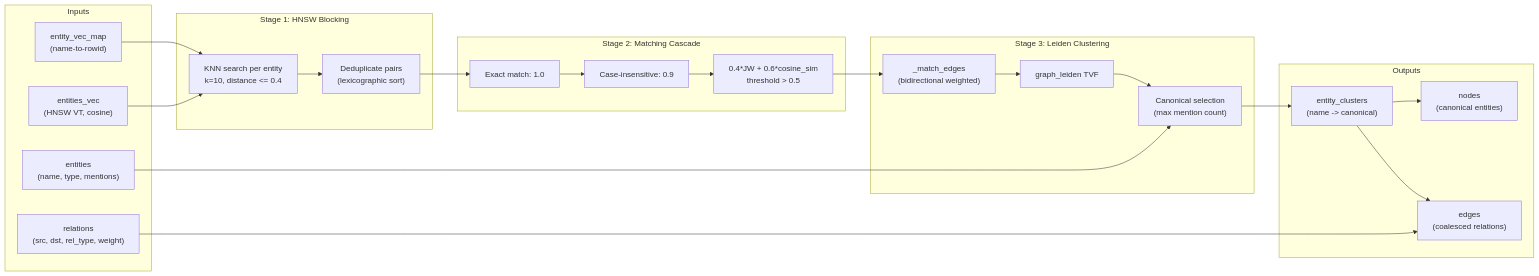
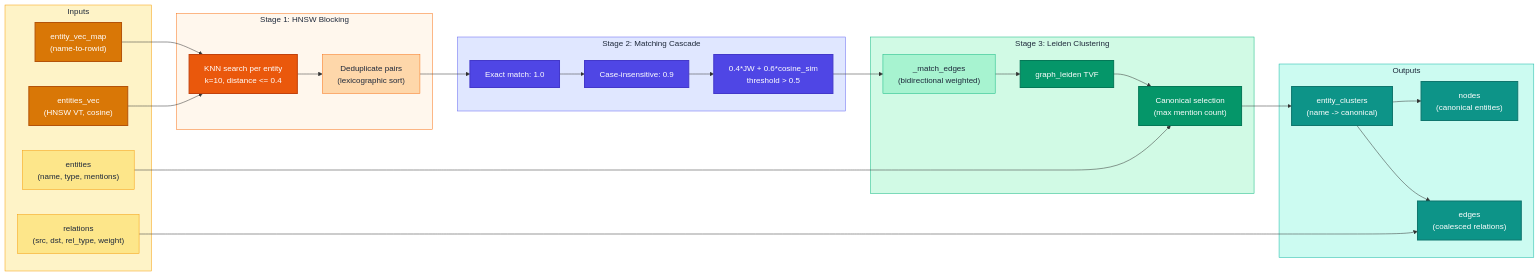
Before and after one commit to neozenith/sqlite-muninn: the first of 4 diagrams in docs/plans/er/00_gap_analysis.md, drawn with Mermaid. The commit also changed other lines of this file and 12 other files, not shown here.

````diff
--- a/docs/plans/er/00_gap_analysis.md
+++ b/docs/plans/er/00_gap_analysis.md
@@ -17,47 +17,62 @@
 ```mermaid
 flowchart LR
     subgraph Inputs
-        EVM["entity_vec_map<br/>(name-to-rowid)"]
-        EVT["entities_vec<br/>(HNSW VT, cosine)"]
-        ENT["entities<br/>(name, type, mentions)"]
-        REL["relations<br/>(src, dst, rel_type, weight)"]
+        EVM["entity_vec_map<br/>(name-to-rowid)"]:::sourcePrimary
+        EVT["entities_vec<br/>(HNSW VT, cosine)"]:::sourcePrimary
+        ENT["entities<br/>(name, type, mentions)"]:::sourceSecondary
+        REL["relations<br/>(src, dst, rel_type, weight)"]:::sourceSecondary
     end
 
     subgraph Stage1["Stage 1: HNSW Blocking"]
-        KNN["KNN search per entity<br/>k=10, distance &lt;= 0.4"]
-        DEDUP["Deduplicate pairs<br/>(lexicographic sort)"]
+        KNN["KNN search per entity<br/>k=10, distance &lt;= 0.4"]:::transformPrimary
+        DEDUP["Deduplicate pairs<br/>(lexicographic sort)"]:::transformSecondary
     end
 
     subgraph Stage2["Stage 2: Matching Cascade"]
-        EXACT["Exact match: 1.0"]
-        ICASE["Case-insensitive: 0.9"]
-        COMBO["0.4*JW + 0.6*cosine_sim<br/>threshold &gt; 0.5"]
+        EXACT["Exact match: 1.0"]:::orchPrimary
+        ICASE["Case-insensitive: 0.9"]:::orchPrimary
+        COMBO["0.4*JW + 0.6*cosine_sim<br/>threshold &gt; 0.5"]:::orchPrimary
     end
 
     subgraph Stage3["Stage 3: Leiden Clustering"]
-        EDGES["_match_edges<br/>(bidirectional weighted)"]
-        LEIDEN["graph_leiden TVF"]
-        CANON["Canonical selection<br/>(max mention count)"]
+        EDGES["_match_edges<br/>(bidirectional weighted)"]:::loadSecondary
+        LEIDEN["graph_leiden TVF"]:::loadPrimary
+        CANON["Canonical selection<br/>(max mention count)"]:::loadPrimary
     end
 
     subgraph Outputs
-        EC["entity_clusters<br/>(name -> canonical)"]
-        NODES["nodes<br/>(canonical entities)"]
-        COALESCE["edges<br/>(coalesced relations)"]
+        EC["entity_clusters<br/>(name -> canonical)"]:::dataPrimary
+        NODES["nodes<br/>(canonical entities)"]:::dataPrimary
+        COALESCE["edges<br/>(coalesced relations)"]:::dataPrimary
     end
 
     EVM --> KNN
     EVT --> KNN
     KNN --> DEDUP
     DEDUP --> EXACT
     EXACT --> ICASE
     ICASE --> COMBO
     COMBO --> EDGES
     EDGES --> LEIDEN
     LEIDEN --> CANON
     ENT --> CANON
     CANON --> EC
     EC --> NODES
     EC --> COALESCE
     REL --> COALESCE
+
+    classDef sourcePrimary     fill:#d97706,stroke:#b45309,color:#fff,stroke-width:2px
+    classDef sourceSecondary   fill:#fde68a,stroke:#f59e0b,color:#1e293b,stroke-width:1px
+    classDef transformPrimary  fill:#ea580c,stroke:#c2410c,color:#fff,stroke-width:2px
+    classDef transformSecondary fill:#fed7aa,stroke:#f97316,color:#1e293b,stroke-width:1px
+    classDef orchPrimary       fill:#4f46e5,stroke:#4338ca,color:#fff,stroke-width:2px
+    classDef loadPrimary       fill:#059669,stroke:#047857,color:#fff,stroke-width:2px
+    classDef loadSecondary     fill:#a7f3d0,stroke:#10b981,color:#1e293b,stroke-width:1px
+    classDef dataPrimary       fill:#0d9488,stroke:#0f766e,color:#fff,stroke-width:2px
+
+    style Inputs fill:#fef3c7,stroke:#f59e0b,color:#1e293b
+    style Stage1 fill:#fff7ed,stroke:#f97316,color:#1e293b
+    style Stage2 fill:#e0e7ff,stroke:#6366f1,color:#1e293b
+    style Stage3 fill:#d1fae5,stroke:#10b981,color:#1e293b
+    style Outputs fill:#ccfbf1,stroke:#14b8a6,color:#1e293b
 ```
````
